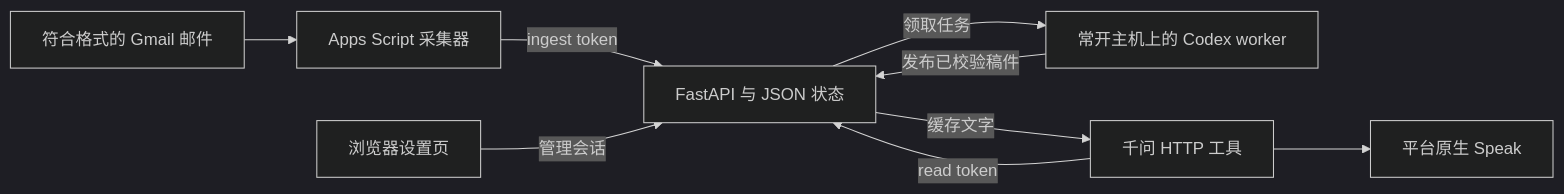
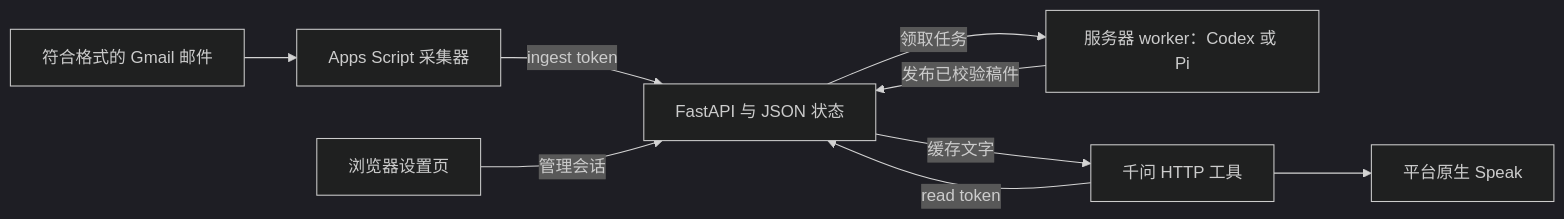
Before and after one commit to reknottycat/qwen-briefing-starter: the diagram in docs/architecture.md, drawn with Mermaid (dark theme). The commit also changed other lines of this file and 36 other files, not shown here.

```diff
--- a/docs/architecture.md
+++ b/docs/architecture.md
@@ -5,11 +5,11 @@
 ~~~mermaid
 flowchart LR
   M[符合格式的 Gmail 邮件] --> C[Apps Script 采集器]
   C -->|ingest token| A[FastAPI 与 JSON 状态]
-  A -->|领取任务| W[常开主机上的 Codex worker]
+  A -->|领取任务| W[服务器 worker：Codex 或 Pi]
   W -->|发布已校验稿件| A
   U[浏览器设置页] -->|管理会话| A
   Q[千问 HTTP 工具] -->|read token| A
   A -->|缓存文字| Q
   Q --> S[平台原生 Speak]
 ~~~
```
